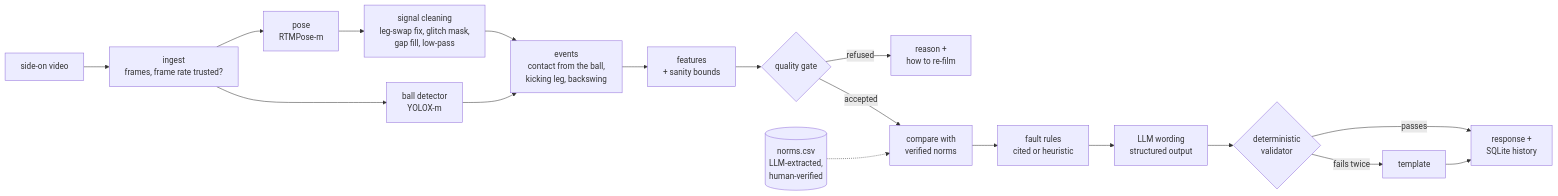
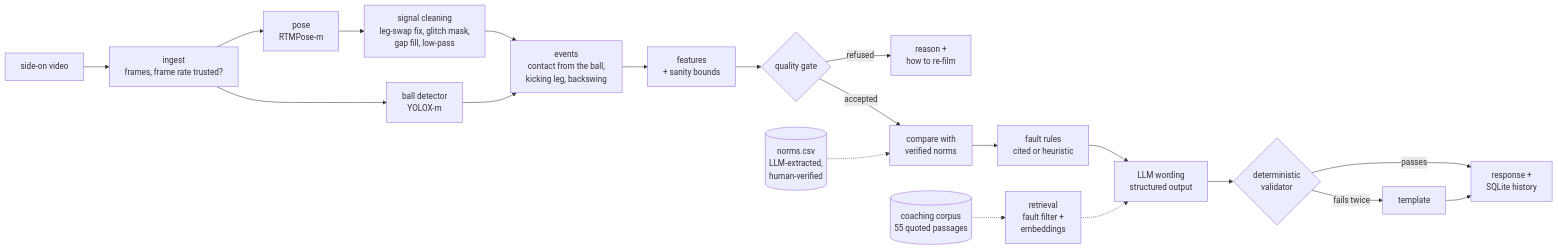
One commit to OkayWheresAamir/kickcoachv2 changed the diagram in README.md. Above: the diagram before and after it, drawn with Mermaid. The commit also changed other lines of this file, not shown here.

````diff
--- a/README.md
+++ b/README.md
@@ -39,19 +41,20 @@
 ```mermaid
 flowchart LR
     V[side-on video] --> I[ingest<br/>frames, frame rate trusted?]
     I --> P[pose<br/>RTMPose-m]
     I --> B[ball detector<br/>YOLOX-m]
     P --> S[signal cleaning<br/>leg-swap fix, glitch mask,<br/>gap fill, low-pass]
     S --> E[events<br/>contact from the ball,<br/>kicking leg, backswing]
     B --> E
     E --> F[features<br/>+ sanity bounds]
     F --> Q{quality gate}
     Q -- refused --> R[reason +<br/>how to re-film]
     Q -- accepted --> C[compare with<br/>verified norms]
     N[(norms.csv<br/>LLM-extracted,<br/>human-verified)] -.-> C
     C --> T[fault rules<br/>cited or heuristic]
     T --> L[LLM wording<br/>structured output]
+    K[(coaching corpus<br/>55 quoted passages)] -.-> RT[retrieval<br/>fault filter +<br/>embeddings] -.-> L
     L --> X{deterministic<br/>validator}
     X -- passes --> O[response +<br/>SQLite history]
     X -- fails twice --> M[template] --> O
 ```
````
